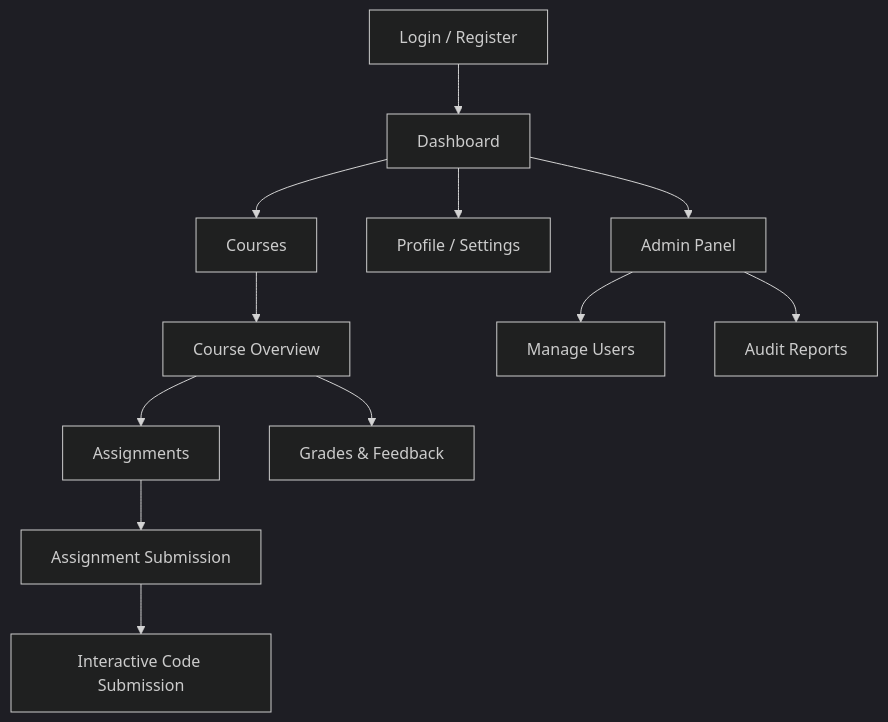
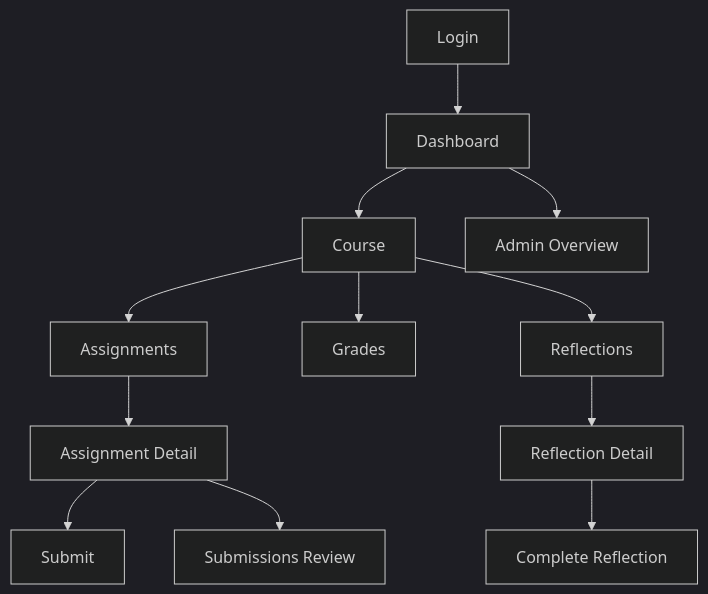
One commit to UD-CISC474-F25/individual-project-starter changed the first of 2 diagrams in apps/docs/public/planning.md. Above: the diagram before and after it, drawn with Mermaid (dark theme). The commit also changed other lines of this file and 9 other files, not shown here.

`````diff
--- a/apps/docs/public/planning.md
+++ b/apps/docs/public/planning.md
@@ -40,14 +174,14 @@
-```mermaid
-graph TD
-    A[Login / Register] --> B[Dashboard]
-    B --> C[Courses]
-    C --> C1[Course Overview]
-    C1 --> C2[Assignments]
-    C2 --> C3[Assignment Submission]
-    C3 --> C4[Interactive Code Submission]
-    C1 --> C5[Grades & Feedback]
-    B --> D[Profile / Settings]
-    B --> E[Admin Panel]
-    E --> E1[Manage Users]
-    E --> E2[Audit Reports]
-````
+     ```mermaid
+     flowchart TD
+       A[Login] --> B[Dashboard]
+       B --> C[Course]
+       C --> D[Assignments]
+       D --> E[Assignment Detail]
+       E --> F[Submit]
+       E --> G[Submissions Review]
+       C --> H[Grades]
+       C --> I[Reflections]
+       I --> J[Reflection Detail]
+       J --> K[Complete Reflection]
+       B --> L[Admin Overview]
+     ```
`````
